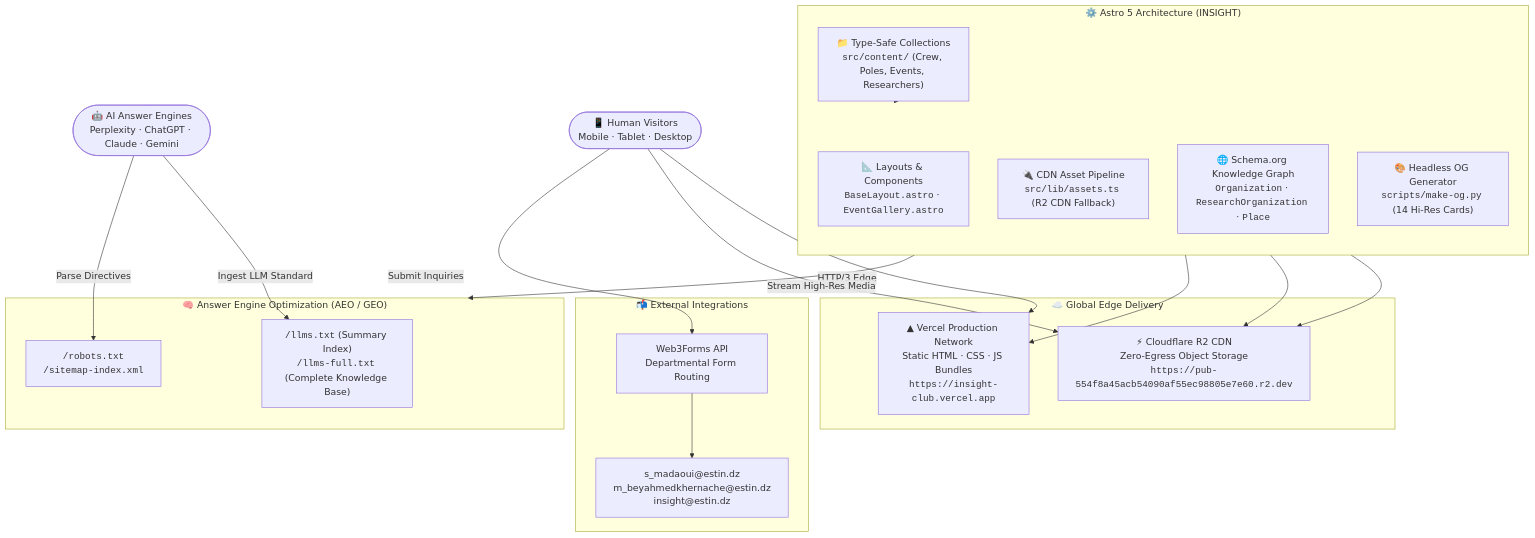
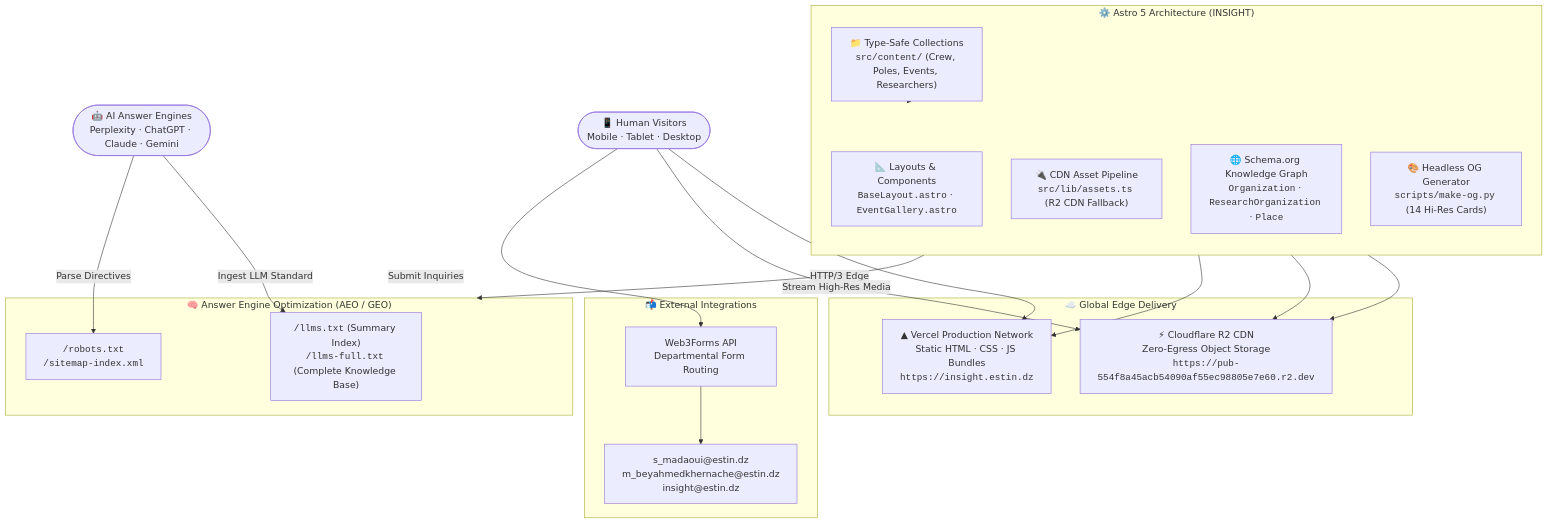
Before and after one commit to islemredouane/INSIGHT: the diagram in README.md, drawn with Mermaid. The commit also changed other lines of this file, not shown here.

Commit message:
docs: set official university domain insight.estin.dz as primary live URL

````diff
--- a/README.md
+++ b/README.md
@@ -115,42 +115,42 @@
 ```mermaid
 flowchart TB
     User(["📱 Human Visitors<br>Mobile · Tablet · Desktop"])
     AI(["🤖 AI Answer Engines<br>Perplexity · ChatGPT · Claude · Gemini"])
 
     subgraph Edge["☁️ Global Edge Delivery"]
-        Vercel["▲ Vercel Production Network<br>Static HTML · CSS · JS Bundles<br><code>https://insight-club.vercel.app</code>"]
+        Vercel["▲ Vercel Production Network<br>Static HTML · CSS · JS Bundles<br><code>https://insight.estin.dz</code>"]
         R2["⚡ Cloudflare R2 CDN<br>Zero-Egress Object Storage<br><code>https://pub-554f8a45acb54090af55ec98805e7e60.r2.dev</code>"]
     end
 
     subgraph Core["⚙️ Astro 5 Architecture (INSIGHT)"]
         direction TB
         Content["📁 Type-Safe Collections<br><code>src/content/</code> (Crew, Poles, Events, Researchers)"]
         Layouts["📐 Layouts & Components<br><code>BaseLayout.astro</code> · <code>EventGallery.astro</code>"]
         AssetsHelper["🔌 CDN Asset Pipeline<br><code>src/lib/assets.ts</code> (R2 CDN Fallback)"]
         SEOGraph["🌐 Schema.org Knowledge Graph<br><code>Organization</code> · <code>ResearchOrganization</code> · <code>Place</code>"]
         OGGen["🎨 Headless OG Generator<br><code>scripts/make-og.py</code> (14 Hi-Res Cards)"]
     end
 
     subgraph AEO["🧠 Answer Engine Optimization (AEO / GEO)"]
         LLMs["<code>/llms.txt</code> (Summary Index)<br><code>/llms-full.txt</code> (Complete Knowledge Base)"]
         Robots["<code>/robots.txt</code><br><code>/sitemap-index.xml</code>"]
     end
 
     subgraph External["📬 External Integrations"]
         W3F["Web3Forms API<br>Departmental Form Routing"]
         DirectMail["s_madaoui@estin.dz<br>m_beyahmedkhernache@estin.dz<br>insight@estin.dz"]
     end
 
     User -->|"HTTP/3 Edge"| Vercel
     User -->|"Stream High-Res Media"| R2
     AI -->|"Ingest LLM Standard"| LLMs
     AI -->|"Parse Directives"| Robots
 
     Content --> Core
     AssetsHelper --> R2
     OGGen --> R2
     Core --> Vercel
     Core --> AEO
 
     User -->|"Submit Inquiries"| W3F --> DirectMail
 ```
````
